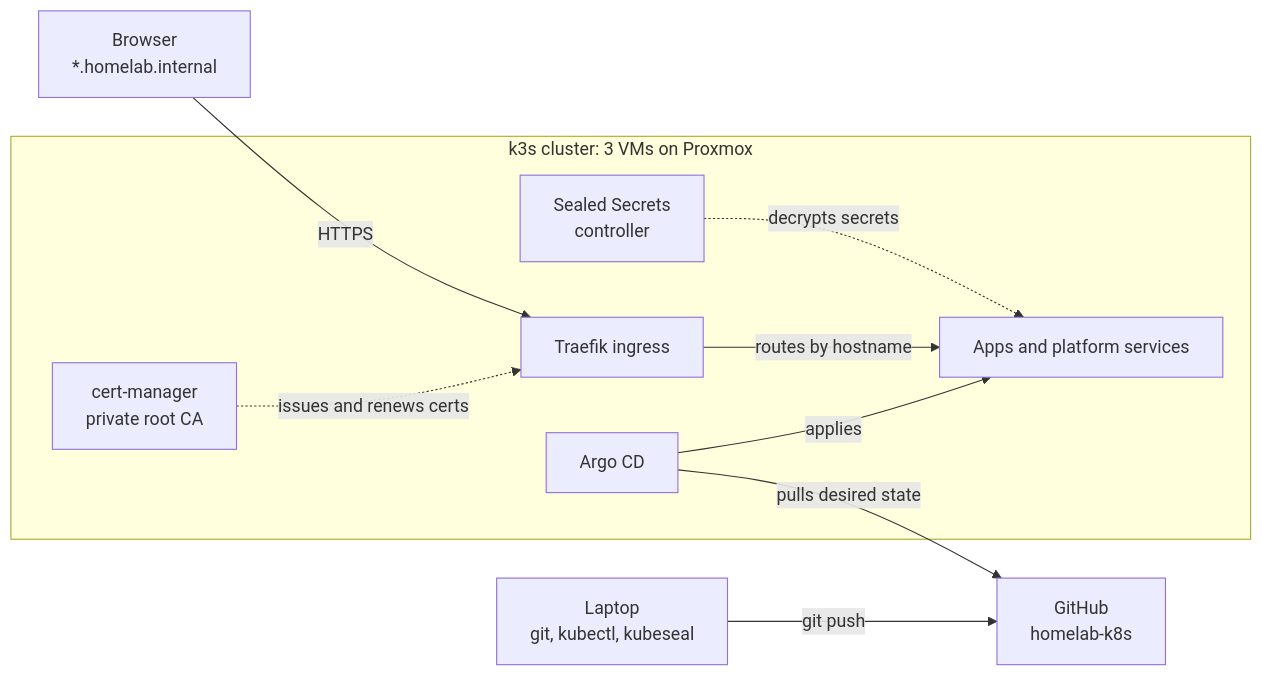
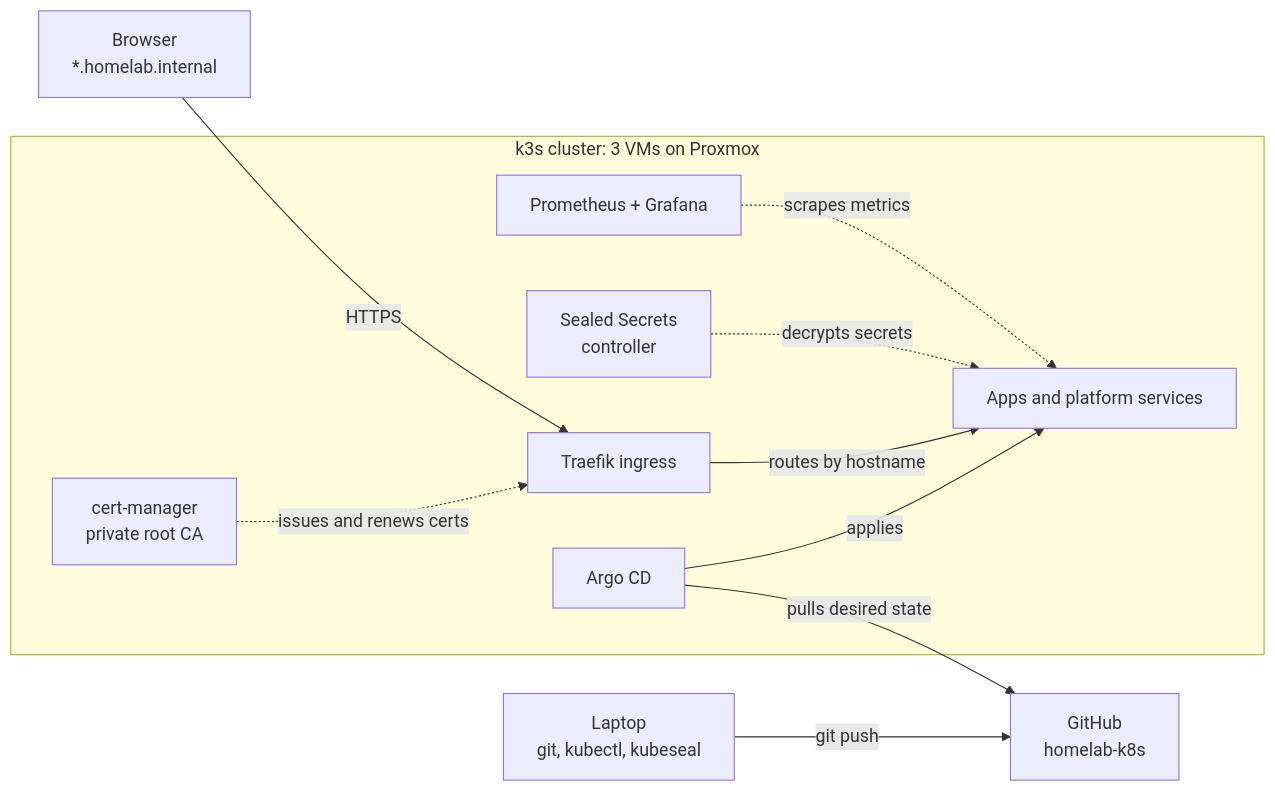
Before and after one commit to ivanwe2/homelab-k8s: the diagram in README.md, drawn with Mermaid. The commit also changed other lines of this file and 2 other files, not shown here.

````diff
--- a/README.md
+++ b/README.md
@@ -20,12 +20,13 @@
 ```mermaid
 flowchart LR
   dev["Laptop<br/>git, kubectl, kubeseal"] -->|git push| gh["GitHub<br/>homelab-k8s"]
   subgraph cluster["k3s cluster: 3 VMs on Proxmox"]
     argo["Argo CD"] -->|applies| apps["Apps and platform services"]
     traefik["Traefik ingress"] -->|routes by hostname| apps
     cm["cert-manager<br/>private root CA"] -.->|issues and renews certs| traefik
     ss["Sealed Secrets<br/>controller"] -.->|decrypts secrets| apps
+    prom["Prometheus + Grafana"] -.->|scrapes metrics| apps
   end
   argo -->|pulls desired state| gh
   user["Browser<br/>*.homelab.internal"] -->|HTTPS| traefik
 ```
````
